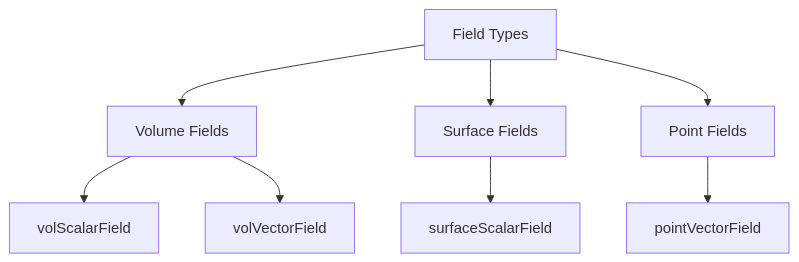
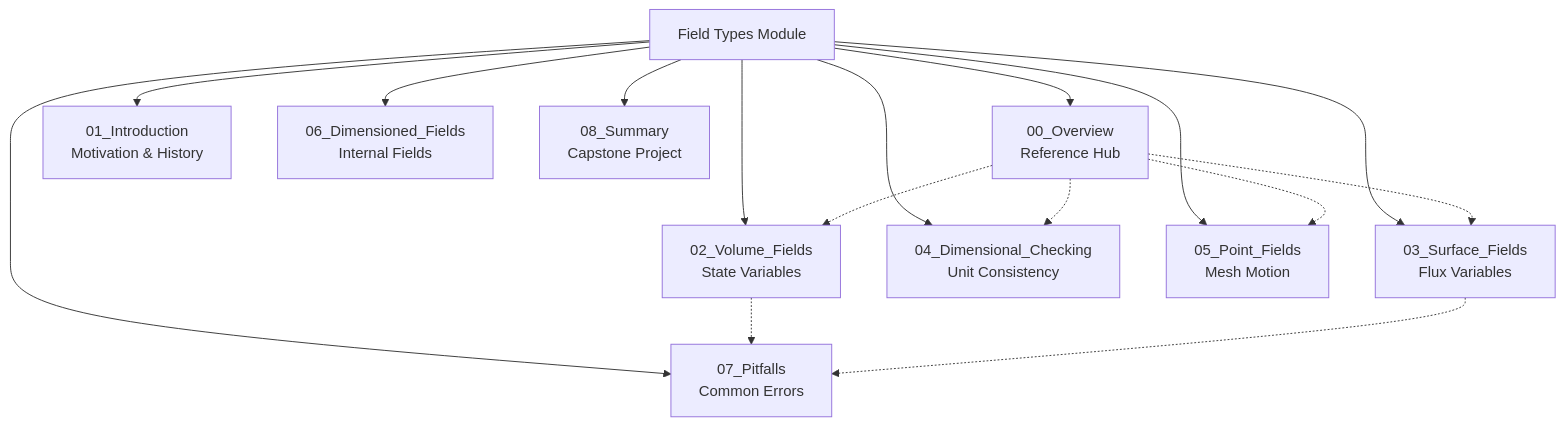
The diagram in MODULE_05_OPENFOAM_PROGRAMMING/CONTENT/08_FIELD_TYPES/00_Overview.md (wramet/build-my-cfd), drawn with Mermaid before and after one commit. The commit also changed other lines of this file and 124 other files, not shown here.

````diff
--- a/MODULE_05_OPENFOAM_PROGRAMMING/CONTENT/08_FIELD_TYPES/00_Overview.md
+++ b/MODULE_05_OPENFOAM_PROGRAMMING/CONTENT/08_FIELD_TYPES/00_Overview.md
@@ -20,10 +43,19 @@
 ```mermaid
 flowchart TD
-    A[Field Types] --> B[Volume Fields]
-    A --> C[Surface Fields]
-    A --> D[Point Fields]
-    B --> E[volScalarField]
-    B --> F[volVectorField]
-    C --> G[surfaceScalarField]
-    D --> H[pointVectorField]
+    A[Field Types Module] --> B[00_Overview<br/>Reference Hub]
+    A --> C[01_Introduction<br/>Motivation & History]
+    A --> D[02_Volume_Fields<br/>State Variables]
+    A --> E[03_Surface_Fields<br/>Flux Variables]
+    A --> F[04_Dimensional_Checking<br/>Unit Consistency]
+    A --> G[05_Point_Fields<br/>Mesh Motion]
+    A --> H[06_Dimensioned_Fields<br/>Internal Fields]
+    A --> I[07_Pitfalls<br/>Common Errors]
+    A --> J[08_Summary<br/>Capstone Project]
+    
+    B -.-> D
+    B -.-> E
+    B -.-> F
+    B -.-> G
+    D -.-> I
+    E -.-> I
 ```
````
